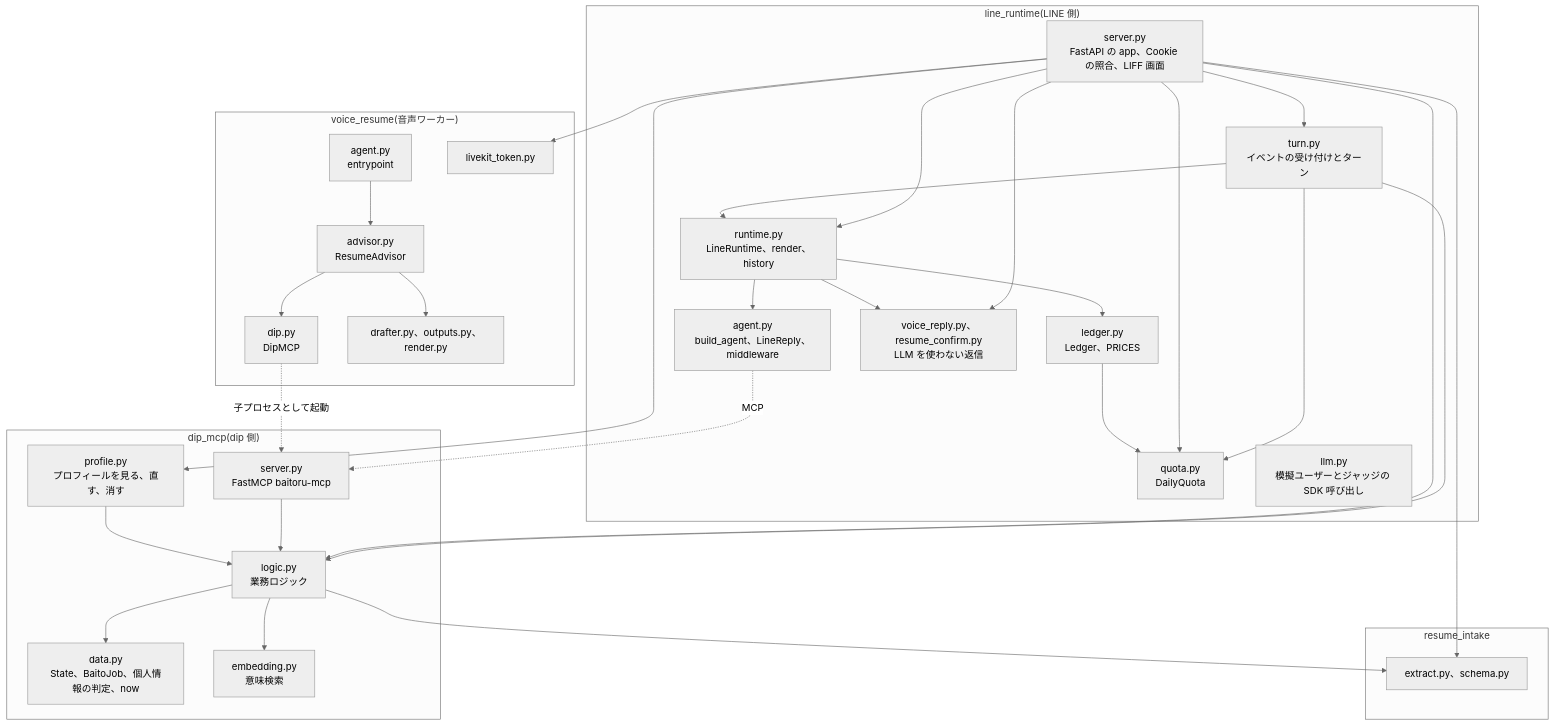
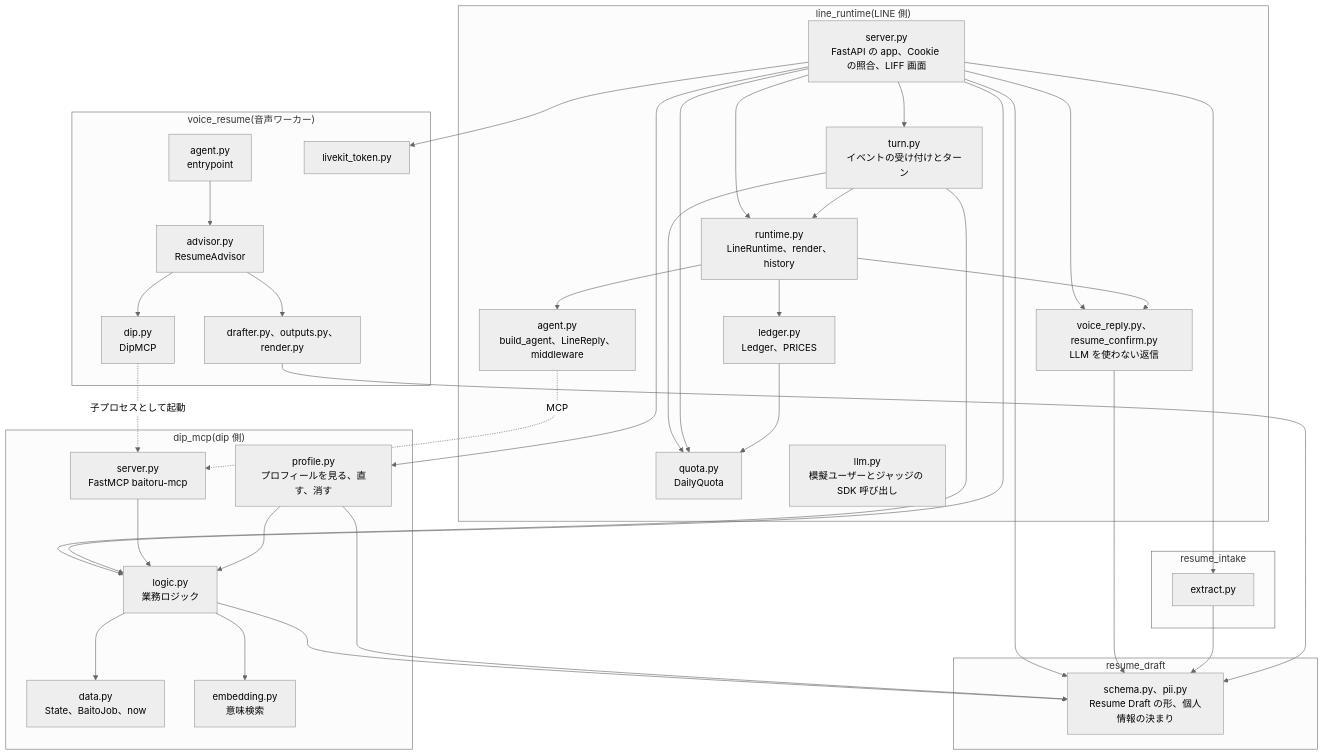
The first of 10 diagrams in docs/architecture/lld.md (jyoka/aica), drawn with Mermaid (neutral theme) before and after one commit. The commit also changed other lines of this file and 37 other files, not shown here.

Commit message:
task 164: aica 設計見直し (3/3): Resume Draft の契約を 1 つにする

````diff
--- a/docs/architecture/lld.md
+++ b/docs/architecture/lld.md
@@ -14,54 +14,62 @@
 ```mermaid
 flowchart TB
     subgraph lr["line_runtime(LINE 側)"]
         server["server.py<br/>FastAPI の app、Cookie の照合、LIFF 画面"]
         turn["turn.py<br/>イベントの受け付けとターン"]
         runtime["runtime.py<br/>LineRuntime、render、history"]
         agent["agent.py<br/>build_agent、LineReply、middleware"]
         quota["quota.py<br/>DailyQuota"]
         ledger["ledger.py<br/>Ledger、PRICES"]
         vreply["voice_reply.py、resume_confirm.py<br/>LLM を使わない返信"]
         llm["llm.py<br/>模擬ユーザーとジャッジの SDK 呼び出し"]
     end
     subgraph dm["dip_mcp(dip 側)"]
         mcp["server.py<br/>FastMCP baitoru-mcp"]
         logic["logic.py<br/>業務ロジック"]
         profile["profile.py<br/>プロフィールを見る、直す、消す"]
-        data["data.py<br/>State、BaitoJob、個人情報の判定、now"]
+        data["data.py<br/>State、BaitoJob、now"]
         emb["embedding.py<br/>意味検索"]
     end
     subgraph ri["resume_intake"]
-        extract["extract.py、schema.py"]
+        extract["extract.py"]
+    end
+    subgraph rd["resume_draft"]
+        rdraft["schema.py、pii.py<br/>Resume Draft の形、個人情報の決まり"]
     end
     subgraph vr["voice_resume(音声ワーカー)"]
         vagent["agent.py<br/>entrypoint"]
         advisor["advisor.py<br/>ResumeAdvisor"]
         vdip["dip.py<br/>DipMCP"]
         vout["drafter.py、outputs.py、render.py"]
         vtoken["livekit_token.py"]
     end
 
     server --> runtime --> agent
     server --> turn
     turn --> runtime
     turn --> quota
     turn --> logic
     server --> quota
     runtime --> ledger
     ledger --> quota
     server --> vreply
     server --> profile
     server --> logic
     server --> extract
     server --> vtoken
     runtime --> vreply
     mcp --> logic
     profile --> logic
     logic --> data
     logic --> emb
-    logic --> extract
+    logic --> rdraft
+    profile --> rdraft
+    server --> rdraft
+    vreply --> rdraft
+    extract --> rdraft
+    vout --> rdraft
     vagent --> advisor --> vdip
     advisor --> vout
     vdip -. "子プロセスとして起動" .-> mcp
     agent -. "MCP" .-> mcp
 ```
````
